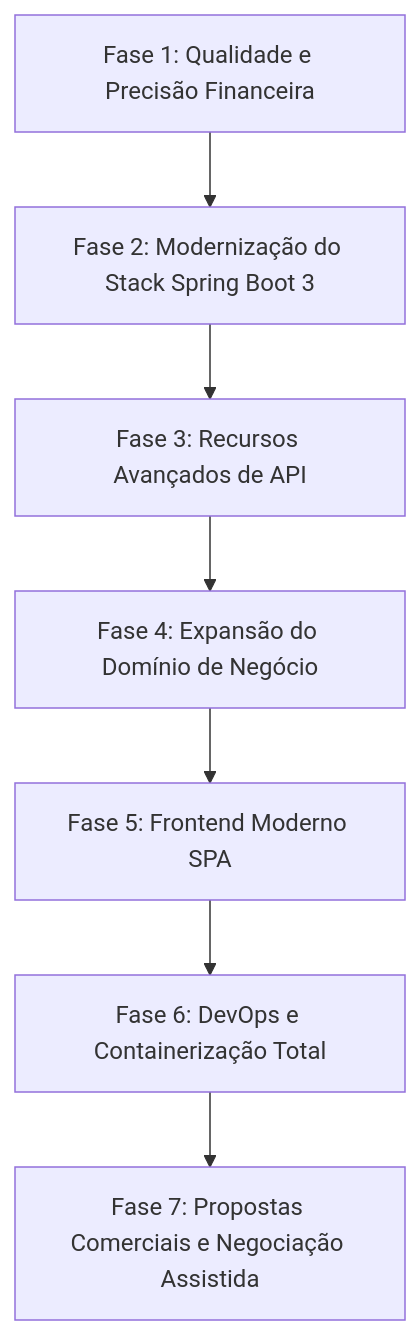
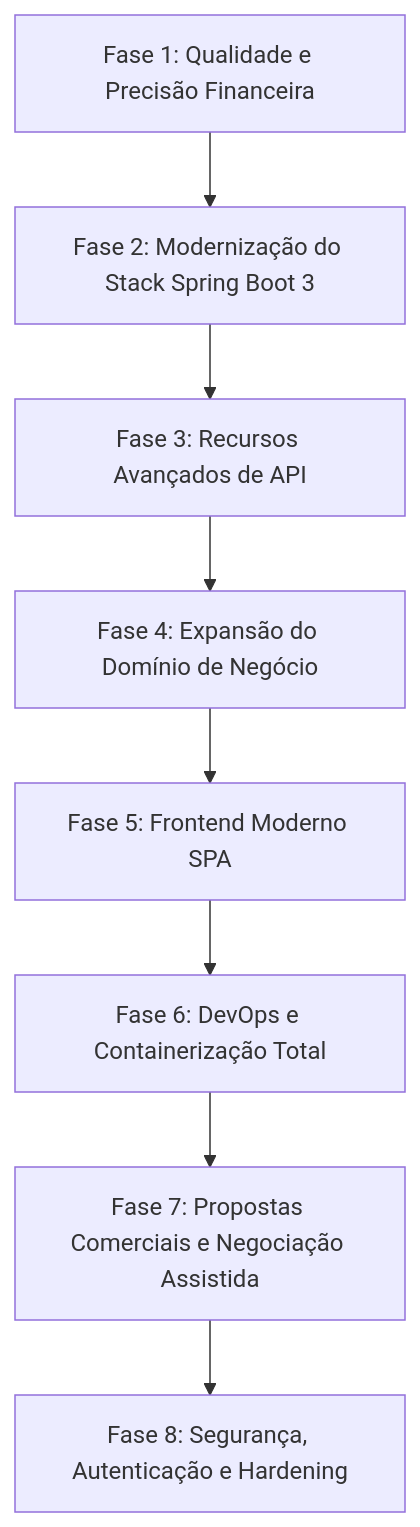
The diagram in ROADMAP.md (gomez1983/concessionariaGomez), drawn with Mermaid before and after one commit. The commit also changed other lines of this file and 117 other files, not shown here.

First line of the commit message:
feat: conclui Fase 8 com autenticacao, RBAC e hardening da auditoria de seguranca

````diff
--- a/ROADMAP.md
+++ b/ROADMAP.md
@@ -20,9 +20,10 @@
 ```mermaid
 graph TD
     A[Fase 1: Qualidade e Precisão Financeira] --> B[Fase 2: Modernização do Stack Spring Boot 3]
     B --> C[Fase 3: Recursos Avançados de API]
     C --> D[Fase 4: Expansão do Domínio de Negócio]
     D --> E[Fase 5: Frontend Moderno SPA]
     E --> F[Fase 6: DevOps e Containerização Total]
     F --> G[Fase 7: Propostas Comerciais e Negociação Assistida]
+    G --> H[Fase 8: Segurança, Autenticação e Hardening]
 ```
````
